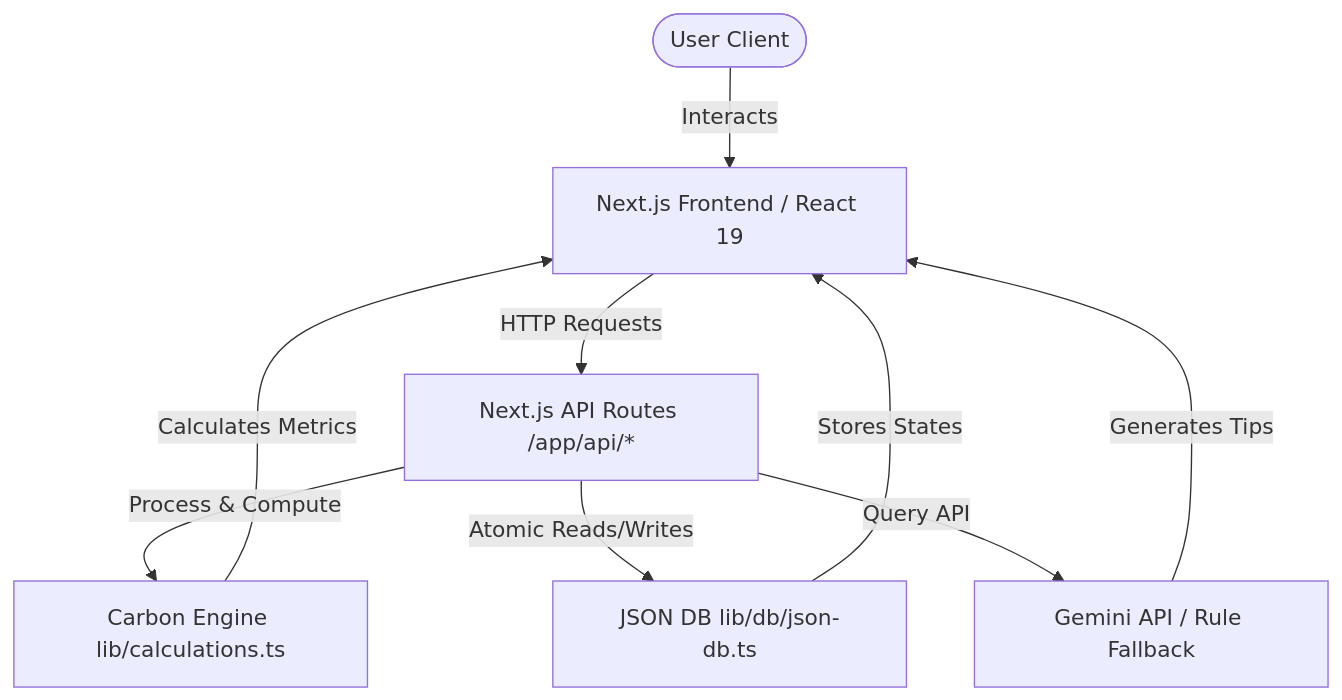
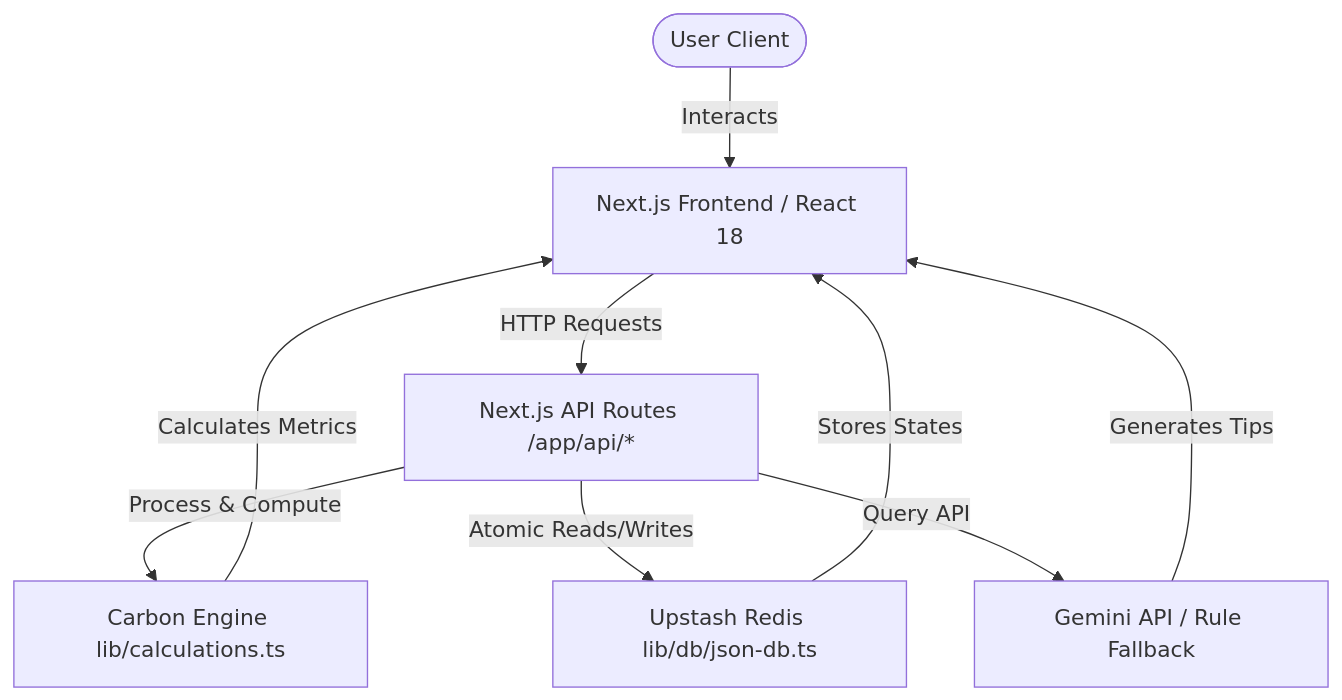
The diagram in README.md (soham53crtl/carbon-footprint-tracker-ai), drawn with Mermaid before and after one commit. The commit also changed other lines of this file, not shown here.

````diff
--- a/README.md
+++ b/README.md
@@ -66,11 +85,11 @@
 ```mermaid
 graph TD
-    User([User Client]) -->|Interacts| Frontend[Next.js Frontend / React 19]
+    User([User Client]) -->|Interacts| Frontend[Next.js Frontend / React 18]
     Frontend -->|HTTP Requests| API[Next.js API Routes /app/api/*]
     API -->|Process & Compute| Engine[Carbon Engine lib/calculations.ts]
-    API -->|Atomic Reads/Writes| DB[JSON DB lib/db/json-db.ts]
+    API -->|Atomic Reads/Writes| DB[Upstash Redis lib/db/json-db.ts]
     API -->|Query API| Gemini[Gemini API / Rule Fallback]
     Engine -->|Calculates Metrics| Frontend
     Gemini -->|Generates Tips| Frontend
     DB -->|Stores States| Frontend
 ```
````
